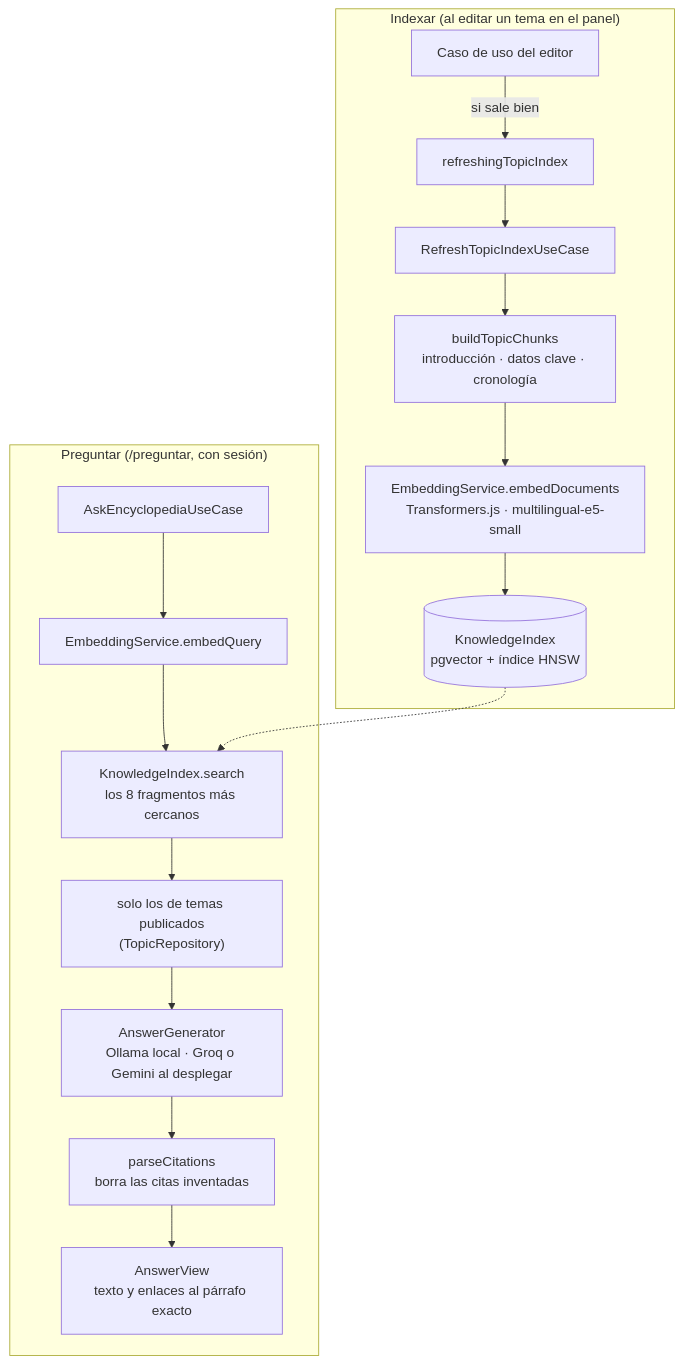
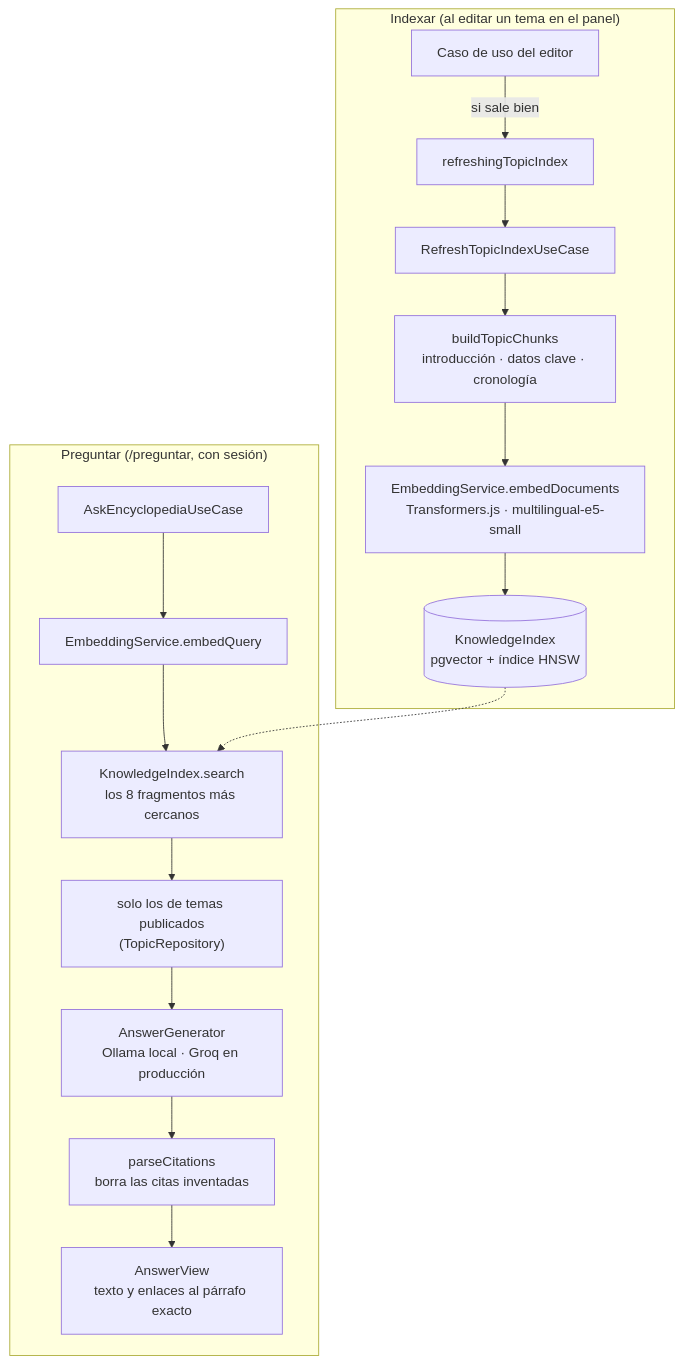
The second of 2 diagrams in docs/ARQUITECTURA.md (ARiojaD/Tfm-IA-NextJs), drawn with Mermaid before and after one commit. The commit also changed other lines of this file and 4 other files, not shown here.

````diff
--- a/docs/ARQUITECTURA.md
+++ b/docs/ARQUITECTURA.md
@@ -76,21 +76,21 @@
 ```mermaid
 flowchart TB
     subgraph Indexar["Indexar (al editar un tema en el panel)"]
         E[Caso de uso del editor] -->|si sale bien| R[refreshingTopicIndex]
         R --> RT[RefreshTopicIndexUseCase]
         RT --> B["buildTopicChunks<br/>introducción · datos clave · cronología"]
         B --> EM1["EmbeddingService.embedDocuments<br/>Transformers.js · multilingual-e5-small"]
         EM1 --> IX[("KnowledgeIndex<br/>pgvector + índice HNSW")]
     end
 
     subgraph Preguntar["Preguntar (/preguntar, con sesión)"]
         Q[AskEncyclopediaUseCase] --> EM2[EmbeddingService.embedQuery]
         EM2 --> S["KnowledgeIndex.search<br/>los 8 fragmentos más cercanos"]
         S --> PUB["solo los de temas publicados<br/>(TopicRepository)"]
-        PUB --> G["AnswerGenerator<br/>Ollama local · Groq o Gemini al desplegar"]
+        PUB --> G["AnswerGenerator<br/>Ollama local · Groq en producción"]
         G --> PC["parseCitations<br/>borra las citas inventadas"]
         PC --> V["AnswerView<br/>texto y enlaces al párrafo exacto"]
     end
 
     IX -.-> S
 ```
````
